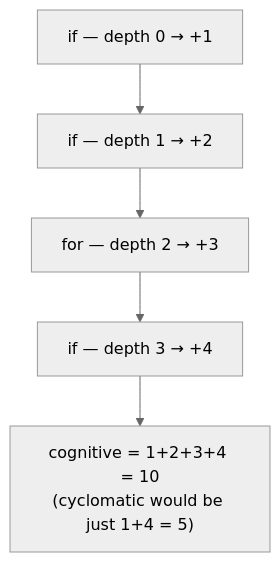
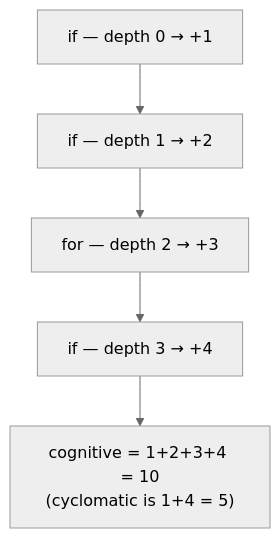
The fifth of 8 diagrams in README.md (KrishnaAnnavaram/adaptive-legacy-code-complexity-harness), drawn with Mermaid (neutral theme) before and after one commit. The commit also changed other lines of this file and 1 other file, not shown here.

````diff
--- a/README.md
+++ b/README.md
@@ -367,7 +643,7 @@
 ```mermaid
 flowchart TD
     A["if — depth 0 → +1"] --> B["  if — depth 1 → +2"]
     B --> C["    for — depth 2 → +3"]
     C --> D["      if — depth 3 → +4"]
-    D --> E["cognitive = 1+2+3+4 = 10<br/>(cyclomatic would be just 1+4 = 5)"]
+    D --> E["cognitive = 1+2+3+4 = 10<br/>(cyclomatic is 1+4 = 5)"]
 ```
````
